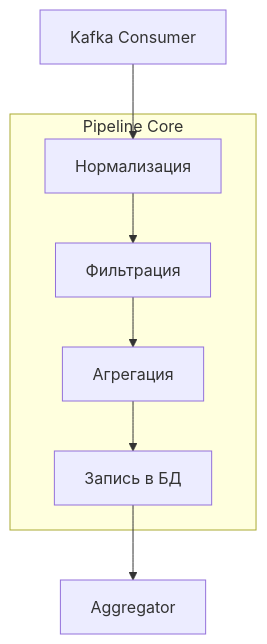
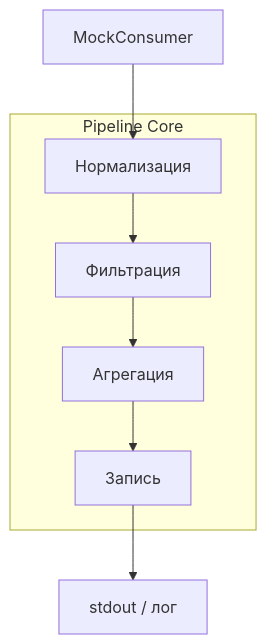
The second of 2 diagrams in docs/specification/pipeline.md (system-highload-architect/qos-pipeline), drawn with Mermaid before and after one commit. The commit also changed other lines of this file and 7 other files, not shown here.

````diff
--- a/docs/specification/pipeline.md
+++ b/docs/specification/pipeline.md
@@ -21,10 +20,10 @@
 ```mermaid
 graph TD
-    Input[Kafka Consumer] --> Stage1
+    Input[MockConsumer] --> Stage1
     subgraph Pipeline[Pipeline Core]
         Stage1[Нормализация] --> Stage2[Фильтрация]
         Stage2 --> Stage3[Агрегация]
-        Stage3 --> Stage4[Запись в БД]
+        Stage3 --> Stage4[Запись]
     end
-    Stage4 --> Output[Aggregator]
+    Stage4 --> Output[stdout / лог]
 ```
````
